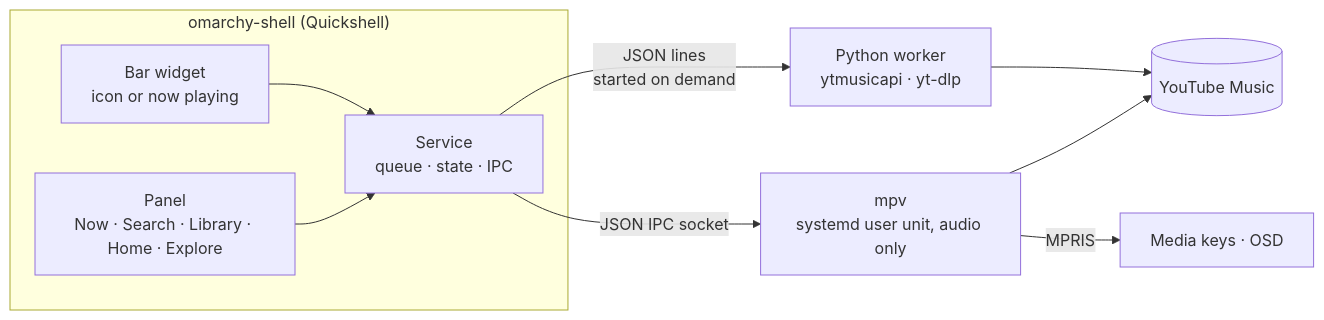
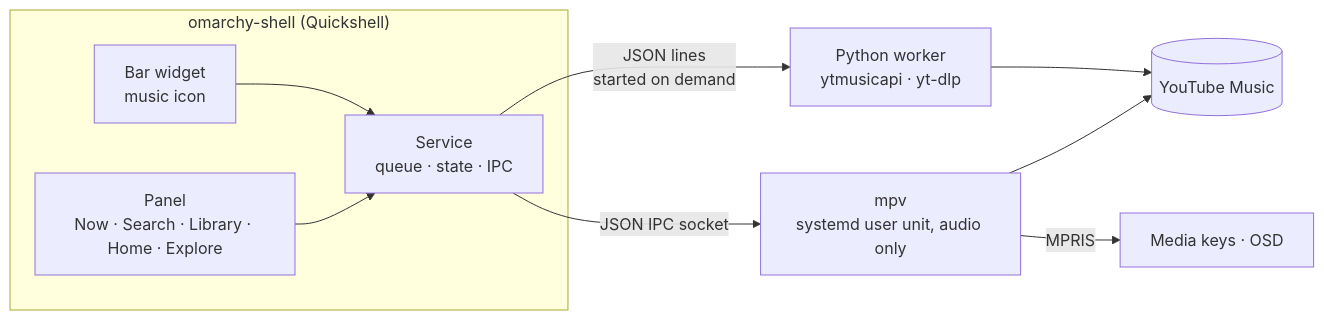
One commit to InsightfulAnalytics/omarchy_ytmusic changed the diagram in README.md. Above: the diagram before and after it, drawn with Mermaid.

Commit message:
README: diagram shows the bar as an icon only (#13)
The bar dropped its now-playing text in #7; the How it works diagram
still said "icon or now playing".

Claude-Session: https://claude.ai/code/session_01WbV5n3C2tPPreK1cdEMrSF

````diff
--- a/README.md
+++ b/README.md
@@ -203,15 +203,15 @@
 ```mermaid
 flowchart LR
     subgraph shell["omarchy-shell (Quickshell)"]
-        bar["Bar widget<br/>icon or now playing"]
+        bar["Bar widget<br/>music icon"]
         panel["Panel<br/>Now · Search · Library · Home · Explore"]
         svc["Service<br/>queue · state · IPC"]
         bar --> svc
         panel --> svc
     end
     svc -- "JSON lines<br/>started on demand" --> worker["Python worker<br/>ytmusicapi · yt-dlp"]
     svc -- "JSON IPC socket" --> mpv["mpv<br/>systemd user unit, audio only"]
     worker --> yt[("YouTube Music")]
     mpv --> yt
     mpv -- "MPRIS" --> keys["Media keys · OSD"]
 ```
````
